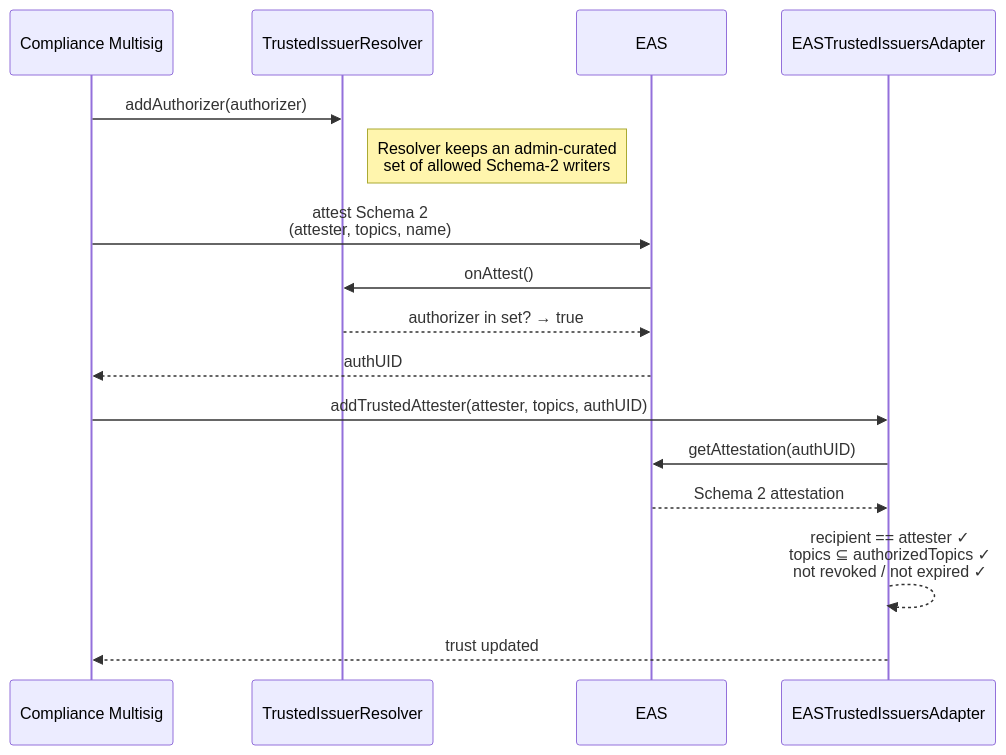
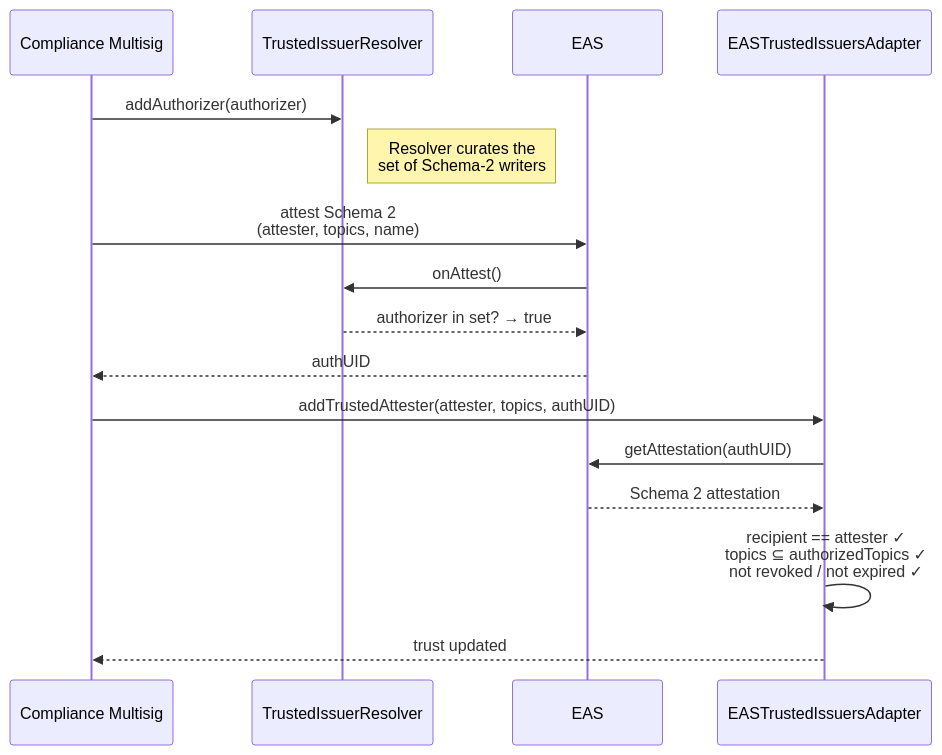
Before and after one commit to EntEthAlliance/rnd-rwa-erc3643-eas: the second of 2 diagrams in README.md, drawn with Mermaid. The commit also changed other lines of this file, not shown here.

````diff
--- a/README.md
+++ b/README.md
@@ -57,21 +97,21 @@
 ```mermaid
 sequenceDiagram
     participant Admin as Compliance Multisig
     participant Resolver as TrustedIssuerResolver
     participant EAS as EAS
     participant Adapter as EASTrustedIssuersAdapter
 
     Admin->>Resolver: addAuthorizer(authorizer)
-    Note right of Resolver: Resolver keeps an admin-curated<br/>set of allowed Schema-2 writers
+    Note right of Resolver: Resolver curates the<br/>set of Schema-2 writers
 
     Admin->>EAS: attest Schema 2<br/>(attester, topics, name)
     EAS->>Resolver: onAttest()
     Resolver-->>EAS: authorizer in set? → true
     EAS-->>Admin: authUID
 
     Admin->>Adapter: addTrustedAttester(attester, topics, authUID)
     Adapter->>EAS: getAttestation(authUID)
     EAS-->>Adapter: Schema 2 attestation
-    Adapter-->>Adapter: recipient == attester ✓<br/>topics ⊆ authorizedTopics ✓<br/>not revoked / not expired ✓
+    Adapter->>Adapter: recipient == attester ✓<br/>topics ⊆ authorizedTopics ✓<br/>not revoked / not expired ✓
     Adapter-->>Admin: trust updated
 ```
````
